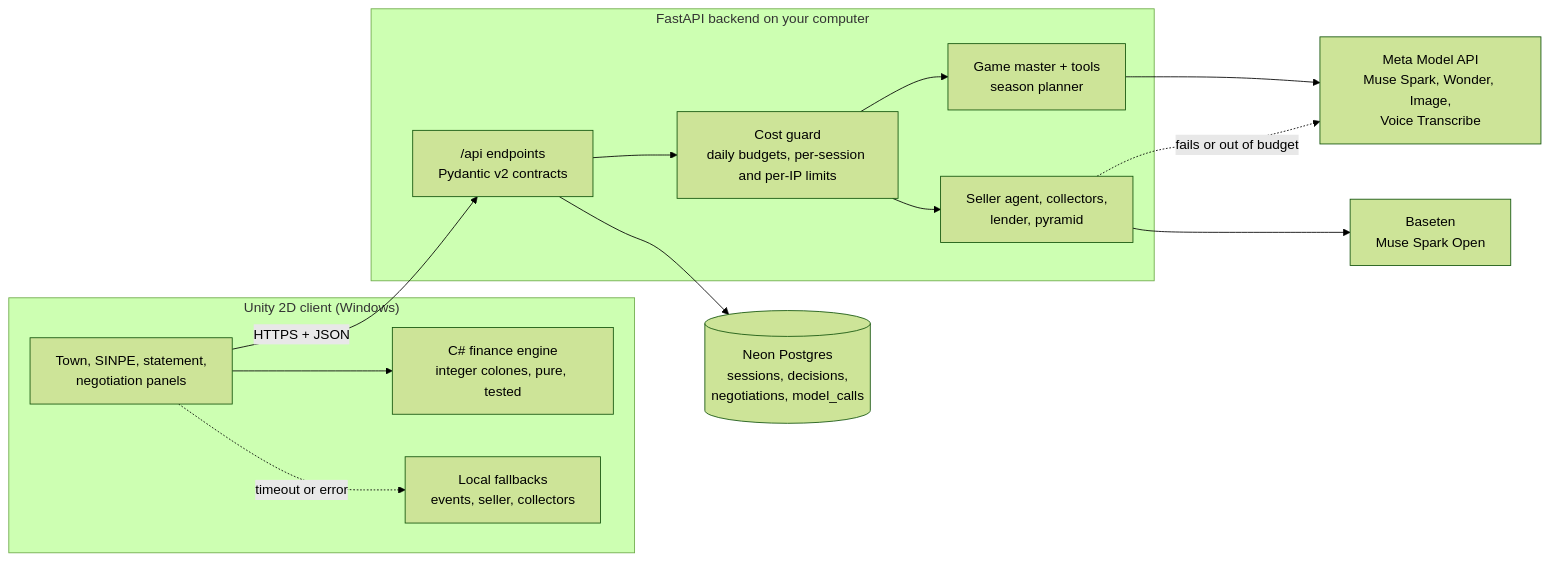
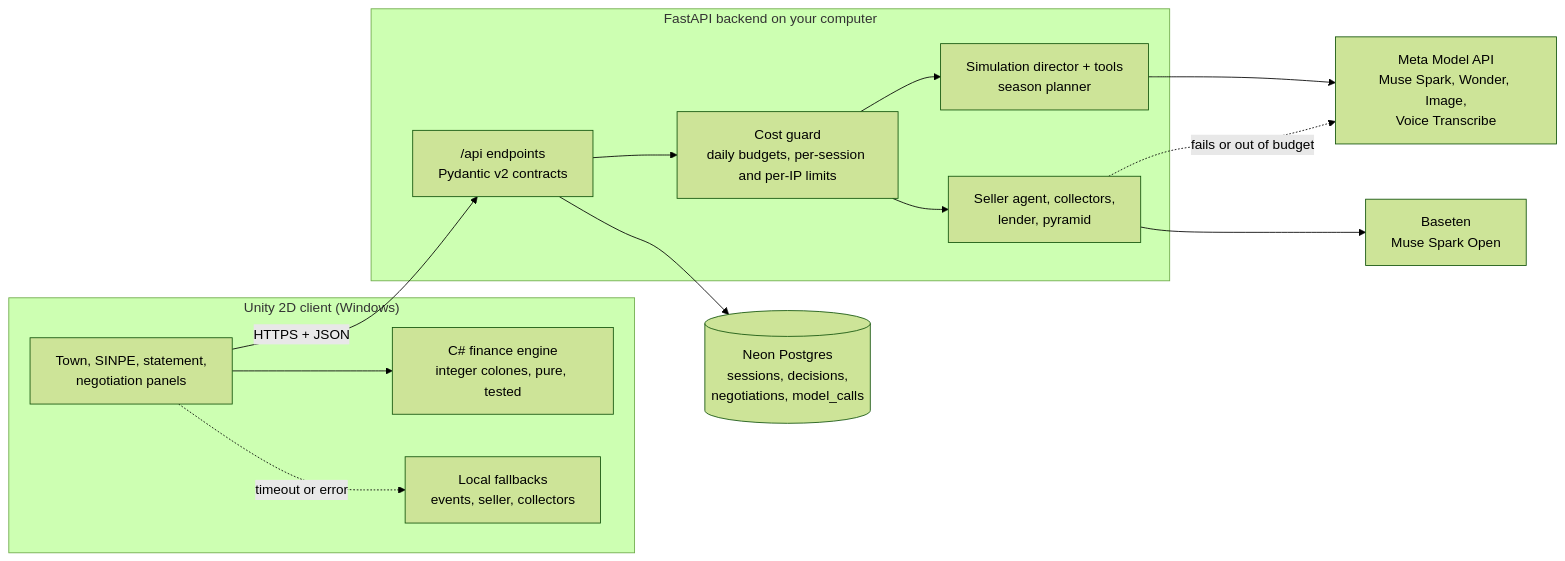
One commit to keylorpineda/ColonQuest changed the diagram in docs/architecture.md. Above: the diagram before and after it, drawn with Mermaid (forest theme). The commit also changed 7 other files, not shown here.

````diff
--- a/docs/architecture.md
+++ b/docs/architecture.md
@@ -8,30 +8,30 @@
 ```mermaid
 flowchart LR
     subgraph Client["Unity 2D client (Windows)"]
         Engine["C# finance engine<br/>integer colones, pure, tested"]
         UI["Town, SINPE, statement,<br/>negotiation panels"]
         Local["Local fallbacks<br/>events, seller, collectors"]
     end
 
     subgraph Backend["FastAPI backend on your computer"]
         API["/api endpoints<br/>Pydantic v2 contracts"]
         Guard["Cost guard<br/>daily budgets, per-session and per-IP limits"]
-        GM["Game master + tools<br/>season planner"]
+        GM["Simulation director + tools<br/>season planner"]
         Talk["Seller agent, collectors,<br/>lender, pyramid"]
     end
 
     Meta["Meta Model API<br/>Muse Spark, Wonder, Image,<br/>Voice Transcribe"]
     Open["Baseten<br/>Muse Spark Open"]
     DB[("Neon Postgres<br/>sessions, decisions,<br/>negotiations, model_calls")]
 
     UI --> Engine
     UI -- "HTTPS + JSON" --> API
     UI -. "timeout or error" .-> Local
     API --> Guard
     Guard --> GM
     Guard --> Talk
     GM --> Meta
     Talk --> Open
     Talk -. "fails or out of budget" .-> Meta
     API --> DB
 ```
````
